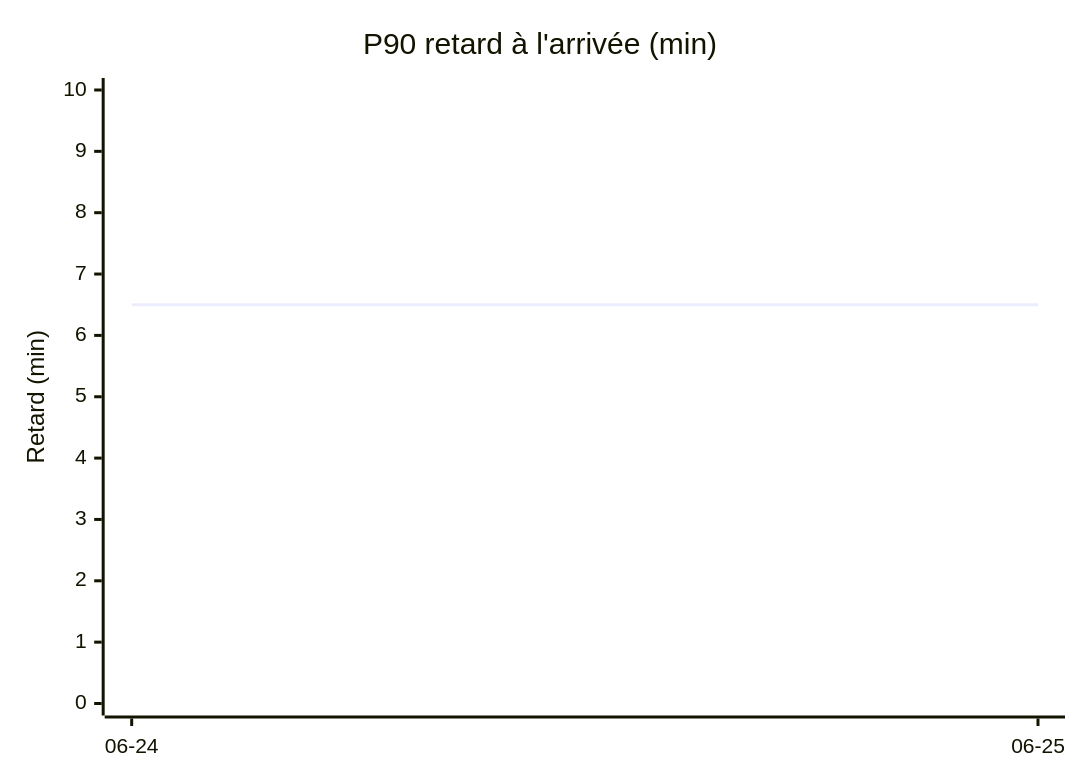
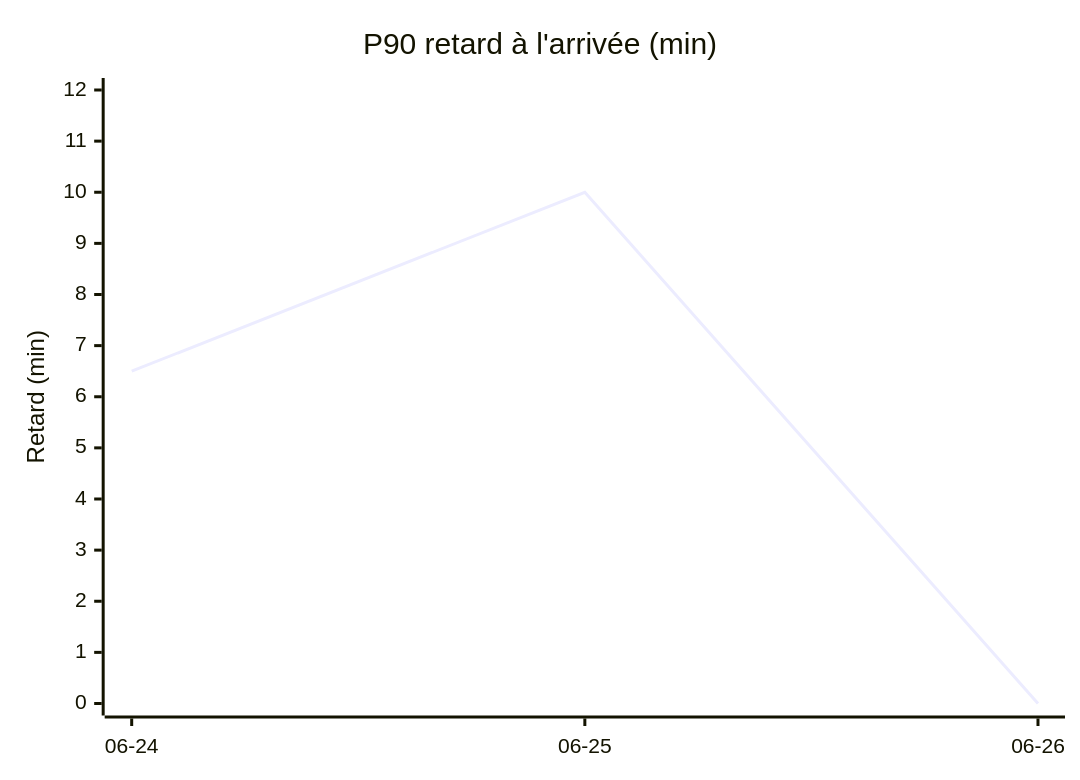
The first of 4 diagrams in STATS.md (antoinerep/horaire-ter), drawn with Mermaid before and after one commit. The commit also changed other lines of this file and 1 other file, not shown here.

````diff
--- a/STATS.md
+++ b/STATS.md
@@ -29,7 +29,7 @@
 ```mermaid
 xychart-beta
     title "P90 retard à l'arrivée (min)"
-    x-axis ["06-24", "06-25"]
-    y-axis "Retard (min)" 0 --> 10
-    line [6.5, 6.5]
+    x-axis ["06-24", "06-25", "06-26"]
+    y-axis "Retard (min)" 0 --> 12
+    line [6.5, 10.0, 0.0]
 ```
````
